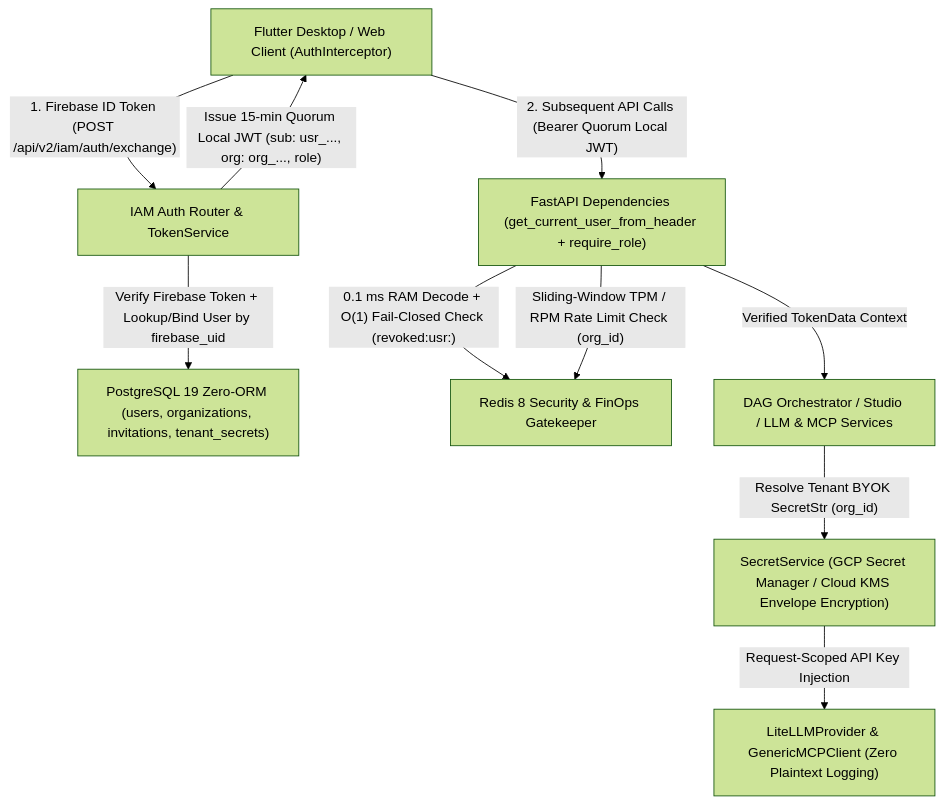
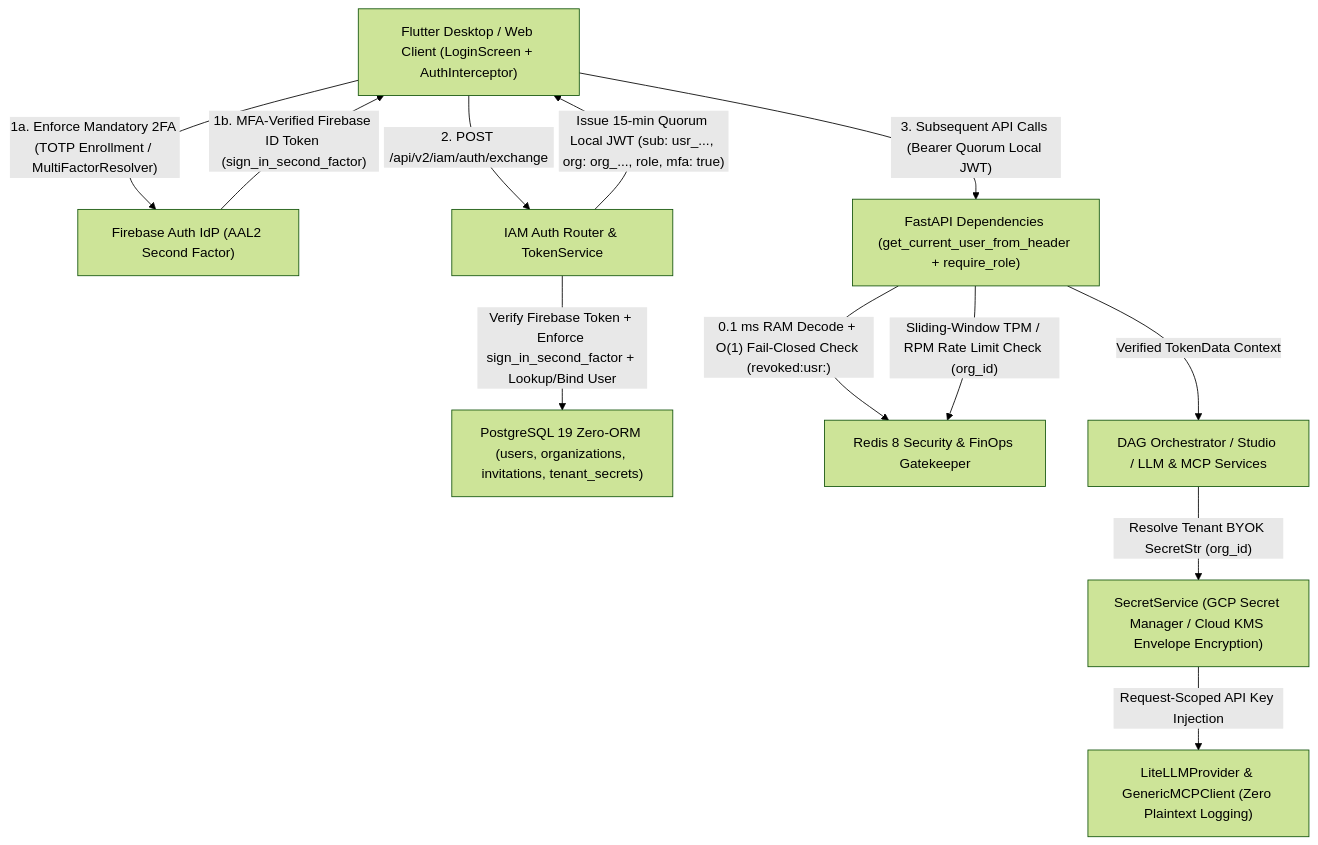
One commit to launis/quorum changed the diagram in docs/epic/EPIC_160_B2B_SaaS_IAM_and_Enterprise_Hardening.md. Above: the diagram before and after it, drawn with Mermaid (forest theme). The commit also changed other lines of this file and 39 other files, not shown here.

````diff
--- a/docs/epic/EPIC_160_B2B_SaaS_IAM_and_Enterprise_Hardening.md
+++ b/docs/epic/EPIC_160_B2B_SaaS_IAM_and_Enterprise_Hardening.md
@@ -46,12 +48,14 @@
 ```mermaid
 flowchart TD
-    Client["Flutter Desktop / Web Client (AuthInterceptor)"] -->|"1. Firebase ID Token (POST /api/v2/iam/auth/exchange)"| Exchange["IAM Auth Router & TokenService"]
-    Exchange -->|"Verify Firebase Token + Lookup/Bind User by firebase_uid"| PG["PostgreSQL 19 Zero-ORM (users, organizations, invitations, tenant_secrets)"]
-    Exchange -->|"Issue 15-min Quorum Local JWT (sub: usr_..., org: org_..., role)"| Client
-    Client -->|"2. Subsequent API Calls (Bearer Quorum Local JWT)"| Guard["FastAPI Dependencies (get_current_user_from_header + require_role)"]
+    Client["Flutter Desktop / Web Client (LoginScreen + AuthInterceptor)"] -->|"1a. Enforce Mandatory 2FA (TOTP Enrollment / MultiFactorResolver)"| IdP["Firebase Auth IdP (AAL2 Second Factor)"]
+    IdP -->|"1b. MFA-Verified Firebase ID Token (sign_in_second_factor)"| Client
+    Client -->|"2. POST /api/v2/iam/auth/exchange"| Exchange["IAM Auth Router & TokenService"]
+    Exchange -->|"Verify Firebase Token + Enforce sign_in_second_factor + Lookup/Bind User"| PG["PostgreSQL 19 Zero-ORM (users, organizations, invitations, tenant_secrets)"]
+    Exchange -->|"Issue 15-min Quorum Local JWT (sub: usr_..., org: org_..., role, mfa: true)"| Client
+    Client -->|"3. Subsequent API Calls (Bearer Quorum Local JWT)"| Guard["FastAPI Dependencies (get_current_user_from_header + require_role)"]
     Guard -->|"0.1 ms RAM Decode + O(1) Fail-Closed Check (revoked:usr:<id>)"| Redis["Redis 8 Security & FinOps Gatekeeper"]
     Guard -->|"Sliding-Window TPM / RPM Rate Limit Check (org_id)"| Redis
     Guard -->|"Verified TokenData Context"| Execution["DAG Orchestrator / Studio / LLM & MCP Services"]
     Execution -->|"Resolve Tenant BYOK SecretStr (org_id)"| Vault["SecretService (GCP Secret Manager / Cloud KMS Envelope Encryption)"]
     Vault -->|"Request-Scoped API Key Injection"| Providers["LiteLLMProvider & GenericMCPClient (Zero Plaintext Logging)"]
 ```
````
